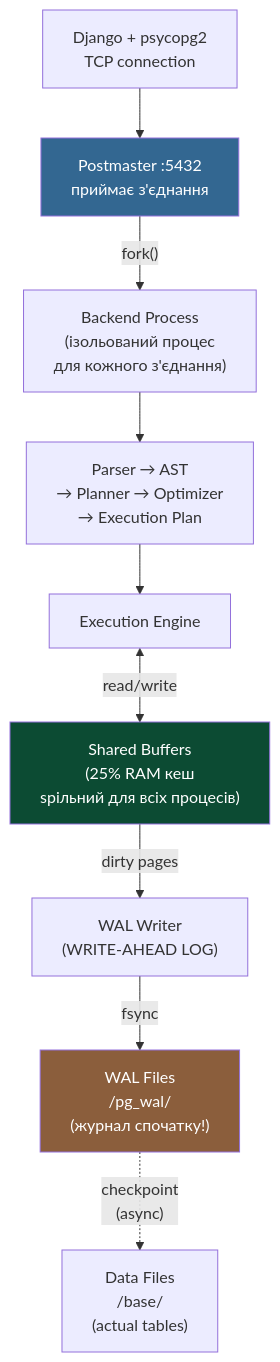
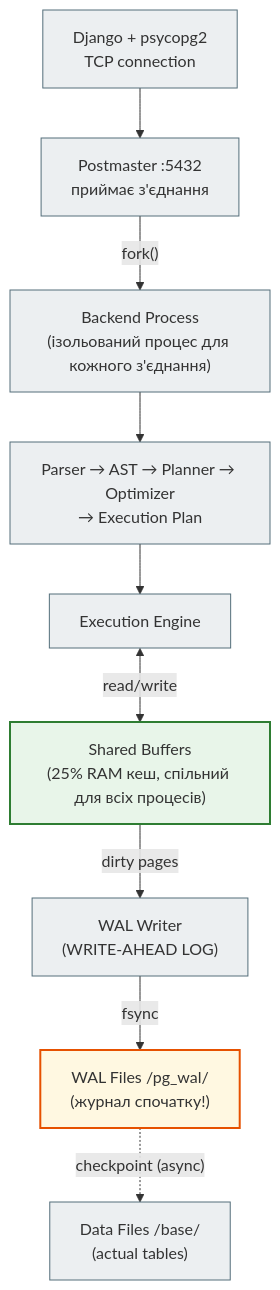
Before and after one commit to NikoriakViktot/notes_chat_app: diagram 16 of 20 in docs/03_database_and_orm/orm_mermaid_full.md, drawn with Mermaid. The commit also changed other lines of this file and 441 other files, not shown here.

First line of the commit message:
Add English version of the book, Mermaid standard, docs fixes

````diff
--- a/docs/03_database_and_orm/orm_mermaid_full.md
+++ b/docs/03_database_and_orm/orm_mermaid_full.md
@@ -558,15 +618,19 @@
 ```mermaid
 graph TD
-    Client["Django + psycopg2\nTCP connection"] --> PM["Postmaster :5432\nприймає з'єднання"]
-    PM -->|"fork()"| BP["Backend Process\n(ізольований процес\nдля кожного з'єднання)"]
-    BP --> QP["Parser → AST\n→ Planner → Optimizer\n→ Execution Plan"]
+    Client["Django + psycopg2<br>TCP connection"] --> PM["Postmaster :5432<br>приймає з'єднання"]
+    PM -->|"fork()"| BP["Backend Process<br>(ізольований процес для кожного з'єднання)"]
+    BP --> QP["Parser → AST → Planner → Optimizer<br>→ Execution Plan"]
     QP --> EE["Execution Engine"]
-    EE <-->|"read/write"| SB["Shared Buffers\n(25% RAM кеш\nspільний для всіх процесів)"]
-    SB -->|"dirty pages"| WW["WAL Writer\n(WRITE-AHEAD LOG)"]
-    WW -->|"fsync"| WAL["WAL Files\n/pg_wal/\n(журнал спочатку!)"]
-    WAL -.->|"checkpoint\n(async)"| DF["Data Files\n/base/\n(actual tables)"]
+    EE <-->|"read/write"| SB["Shared Buffers<br>(25% RAM кеш, спільний для всіх процесів)"]
+    SB -->|"dirty pages"| WW["WAL Writer<br>(WRITE-AHEAD LOG)"]
+    WW -->|"fsync"| WAL["WAL Files /pg_wal/<br>(журнал спочатку!)"]
+    WAL -.->|"checkpoint (async)"| DF["Data Files /base/<br>(actual tables)"]
 
-    style PM fill:#336791,color:#fff
-    style SB fill:#0C4B33,color:#fff
-    style WAL fill:#8B5E3C,color:#fff
+    classDef step     fill:#eceff1,stroke:#546e7a,stroke-width:1px;
+    classDef success  fill:#e8f5e9,stroke:#2e7d32,stroke-width:2px;
+    classDef warning  fill:#fff8e1,stroke:#e65100,stroke-width:2px;
+
+    class Client,PM,BP,QP,EE,WW,DF step;
+    class SB success;
+    class WAL warning;
 ```
````
